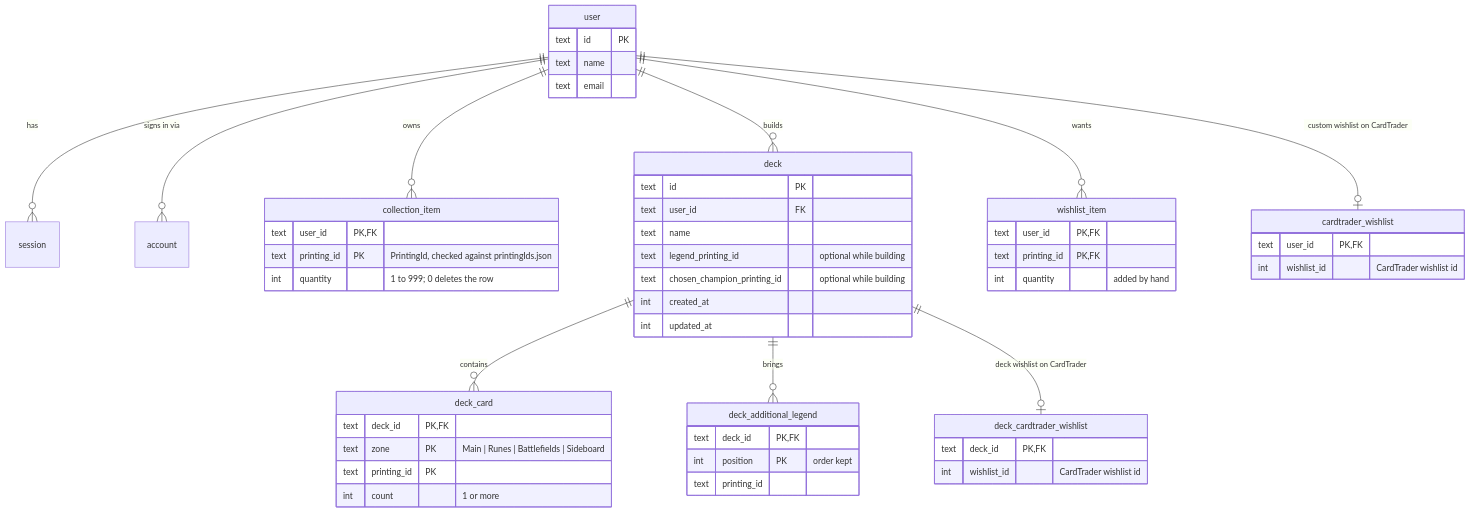
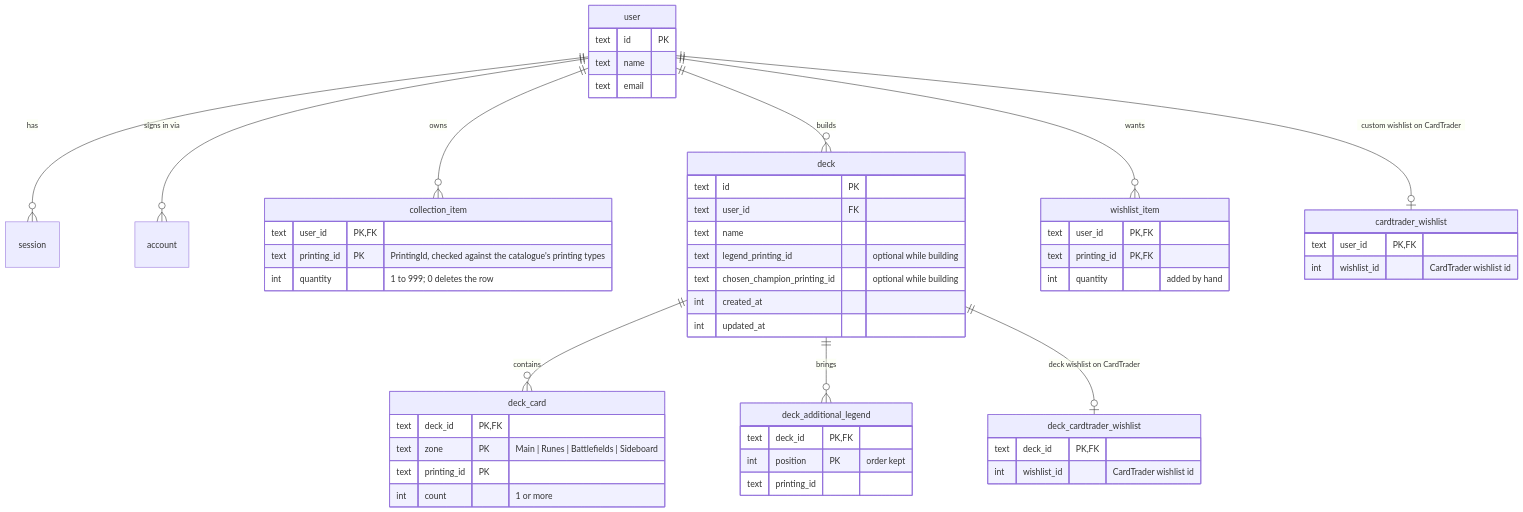
Before and after one commit to NichAnti/runebinder: the first of 7 diagrams in docs/03-data-and-flows.md, drawn with Mermaid. The commit also changed other lines of this file and 28 other files, not shown here.

````diff
--- a/docs/03-data-and-flows.md
+++ b/docs/03-data-and-flows.md
@@ -20,56 +20,56 @@
 ```mermaid
 erDiagram
   user ||--o{ session : has
   user ||--o{ account : "signs in via"
   user ||--o{ collection_item : owns
   user ||--o{ deck : builds
   deck ||--o{ deck_card : contains
   deck ||--o{ deck_additional_legend : brings
   user ||--o{ wishlist_item : wants
   user ||--o| cardtrader_wishlist : "custom wishlist on CardTrader"
   deck ||--o| deck_cardtrader_wishlist : "deck wishlist on CardTrader"
 
   user {
     text id PK
     text name
     text email
   }
   collection_item {
     text user_id PK, FK
-    text printing_id PK "PrintingId, checked against printingIds.json"
+    text printing_id PK "PrintingId, checked against the catalogue's printing types"
     int quantity "1 to 999; 0 deletes the row"
   }
   deck {
     text id PK
     text user_id FK
     text name
     text legend_printing_id "optional while building"
     text chosen_champion_printing_id "optional while building"
     int created_at
     int updated_at
   }
   deck_card {
     text deck_id PK, FK
     text zone PK "Main | Runes | Battlefields | Sideboard"
     text printing_id PK
     int count "1 or more"
   }
   deck_additional_legend {
     text deck_id PK, FK
     int position PK "order kept"
     text printing_id
   }
   wishlist_item {
     text user_id PK, FK
     text printing_id PK, FK
     int quantity "added by hand"
   }
   cardtrader_wishlist {
     text user_id PK, FK
     int wishlist_id "CardTrader wishlist id"
   }
   deck_cardtrader_wishlist {
     text deck_id PK, FK
     int wishlist_id "CardTrader wishlist id"
   }
 ```
````
